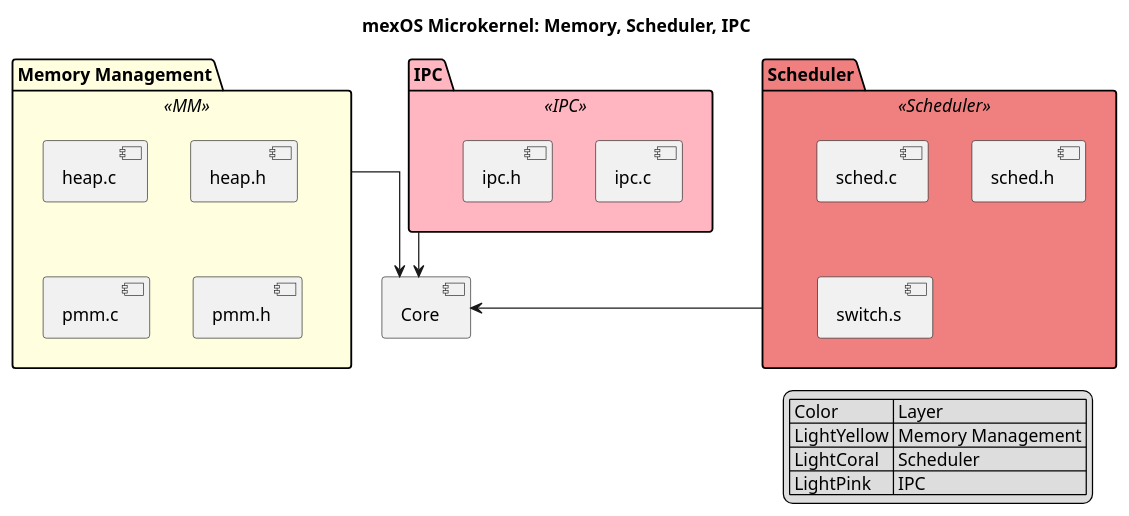
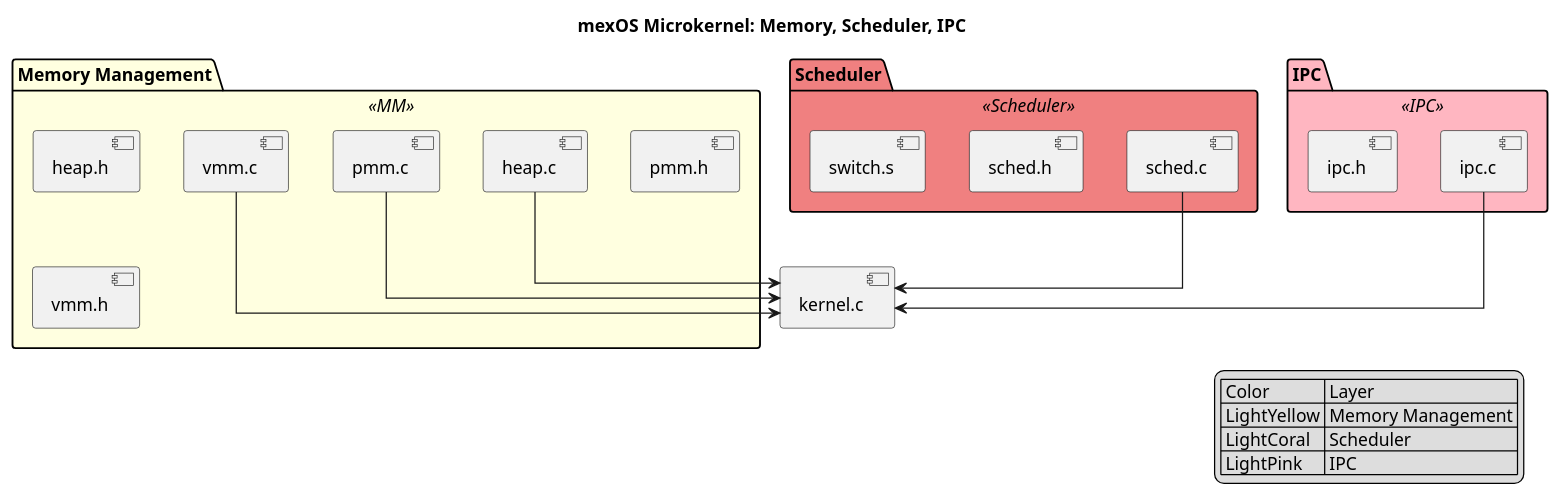
Before and after one commit to mendax0110/mexOS: the diagram in docs/UML/mm_sched_ipc.puml, drawn with PlantUML. The commit also changed 50 other files, not shown here.

```diff
--- a/docs/UML/mm_sched_ipc.puml
+++ b/docs/UML/mm_sched_ipc.puml
@@ -1,43 +1,58 @@
 @startuml MM_Sched_IPC
 title mexOS Microkernel: Memory, Scheduler, IPC
 
 skinparam linetype ortho
 skinparam package {
     BackgroundColor<<MM>> LightYellow
     BackgroundColor<<Scheduler>> LightCoral
     BackgroundColor<<IPC>> LightPink
     BorderColor Black
     Shadowing false
 }
 
+' ============================
+' MEMORY MANAGEMENT
+' ============================
 package "Memory Management" <<MM>> {
     [heap.c]
     [heap.h]
     [pmm.c]
     [pmm.h]
+    [vmm.c]
+    [vmm.h]
 }
 
+' ============================
+' SCHEDULER
+' ============================
 package "Scheduler" <<Scheduler>> {
     [sched.c]
     [sched.h]
     [switch.s]
 }
 
+' ============================
+' IPC
+' ============================
 package "IPC" <<IPC>> {
     [ipc.c]
     [ipc.h]
 }
 
-' Dependencies
-[Memory Management] --> [Core]
-[Scheduler] --> [Core]
-[IPC] --> [Core]
+' Dependencies to Core
+[heap.c] --> [kernel.c]
+[pmm.c] --> [kernel.c]
+[vmm.c] --> [kernel.c]
+
+[sched.c] --> [kernel.c]
+[ipc.c] --> [kernel.c]
 
 ' Legend
 legend right
 | Color | Layer |
 | LightYellow | Memory Management |
 | LightCoral | Scheduler |
 | LightPink | IPC |
 endlegend
+
 @enduml
```
